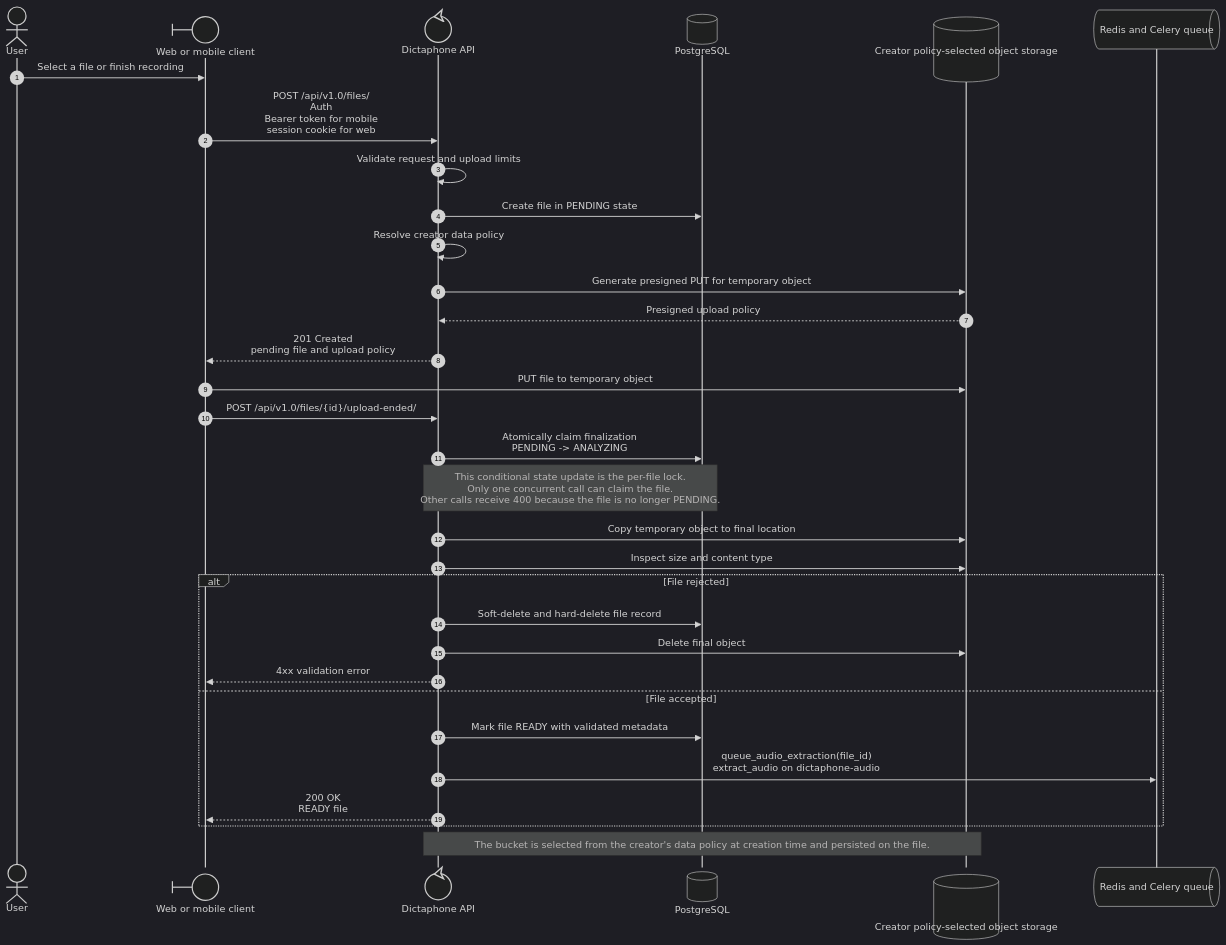
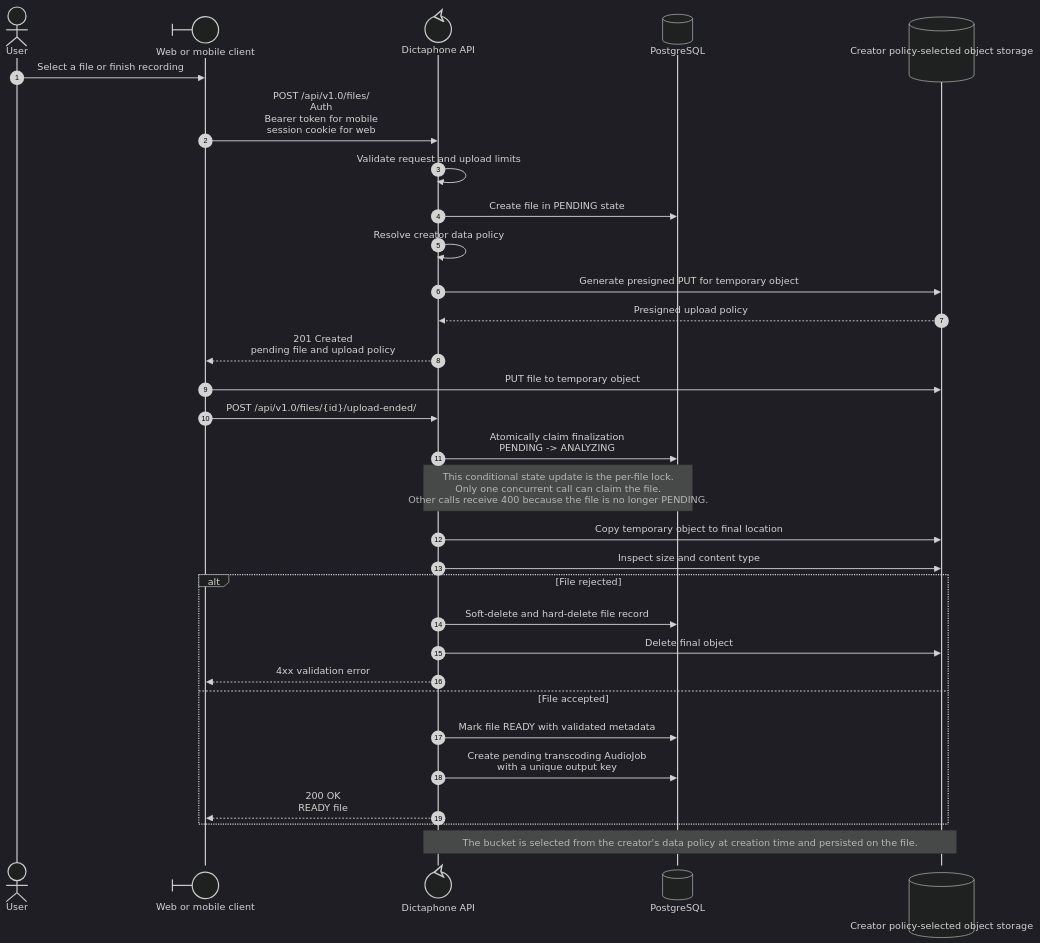
One commit to suitenumerique/dictaphone changed the diagram in docs/diagrams/file-upload-sequence.mmd. Above: the diagram before and after it, drawn with Mermaid (dark theme). The commit also changed 31 other files, not shown here.

```diff
--- a/docs/diagrams/file-upload-sequence.mmd
+++ b/docs/diagrams/file-upload-sequence.mmd
@@ -1,36 +1,35 @@
 sequenceDiagram
     autonumber
     actor User
     participant Client@{ "type": "boundary" } as Web or mobile client
     participant API@{ "type": "control" } as Dictaphone API
     participant DB@{ "type": "database" } as PostgreSQL
     participant UserStore@{ "type": "database" } as Creator policy-selected object storage
-    participant Queue@{ "type": "queue" } as Redis and Celery queue
 
     User->>Client: Select a file or finish recording
     Client->>API: POST /api/v1.0/files/<br/>Auth<br/>Bearer token for mobile<br/>session cookie for web
     API->>API: Validate request and upload limits
     API->>DB: Create file in PENDING state
     API->>API: Resolve creator data policy
     API->>UserStore: Generate presigned PUT for temporary object
     UserStore-->>API: Presigned upload policy
     API-->>Client: 201 Created<br/>pending file and upload policy
 
     Client->>UserStore: PUT file to temporary object
     Client->>API: POST /api/v1.0/files/{id}/upload-ended/
     API->>DB: Atomically claim finalization<br/>PENDING -> ANALYZING
     Note over API,DB: This conditional state update is the per-file lock. <br> Only one concurrent call can claim the file.<br> Other calls receive 400 because the file is no longer PENDING.
     API->>UserStore: Copy temporary object to final location
     API->>UserStore: Inspect size and content type
 
     alt File rejected
         API->>DB: Soft-delete and hard-delete file record
         API->>UserStore: Delete final object
         API-->>Client: 4xx validation error
     else File accepted
         API->>DB: Mark file READY with validated metadata
-        API->>Queue: queue_audio_extraction(file_id)<br/>extract_audio on dictaphone-audio
+        API->>DB: Create pending transcoding AudioJob<br/>with a unique output key
         API-->>Client: 200 OK<br/>READY file
     end
 
     Note over API,UserStore: The bucket is selected from the creator's data policy at creation time and persisted on the file.
```
